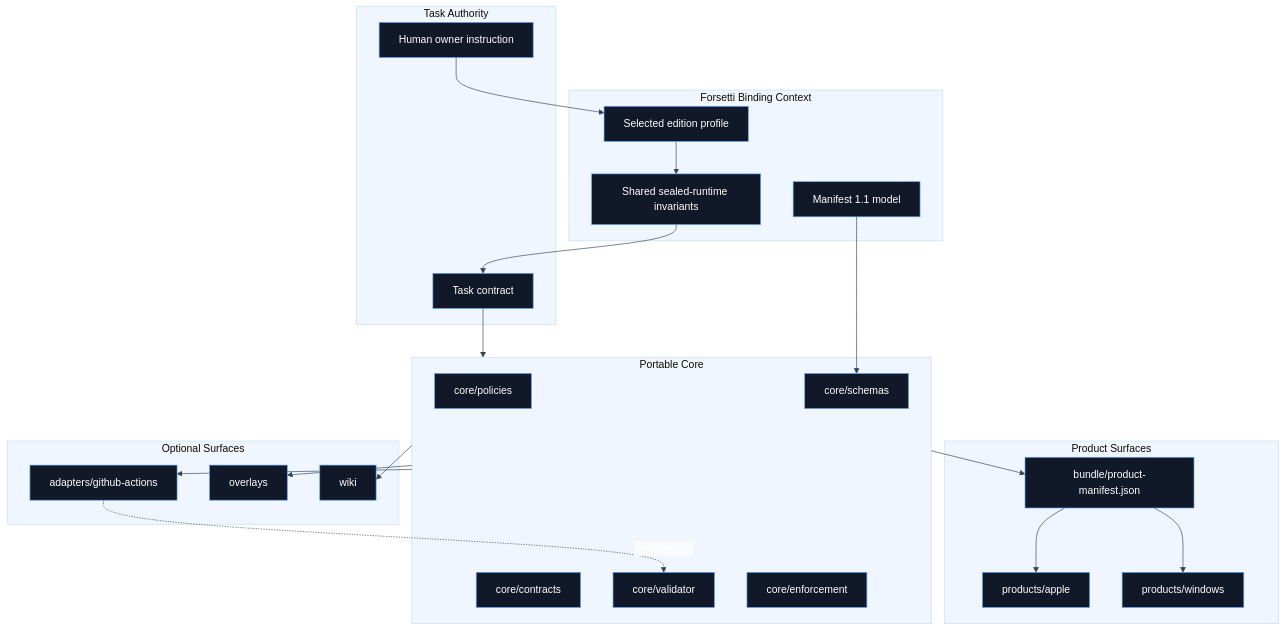
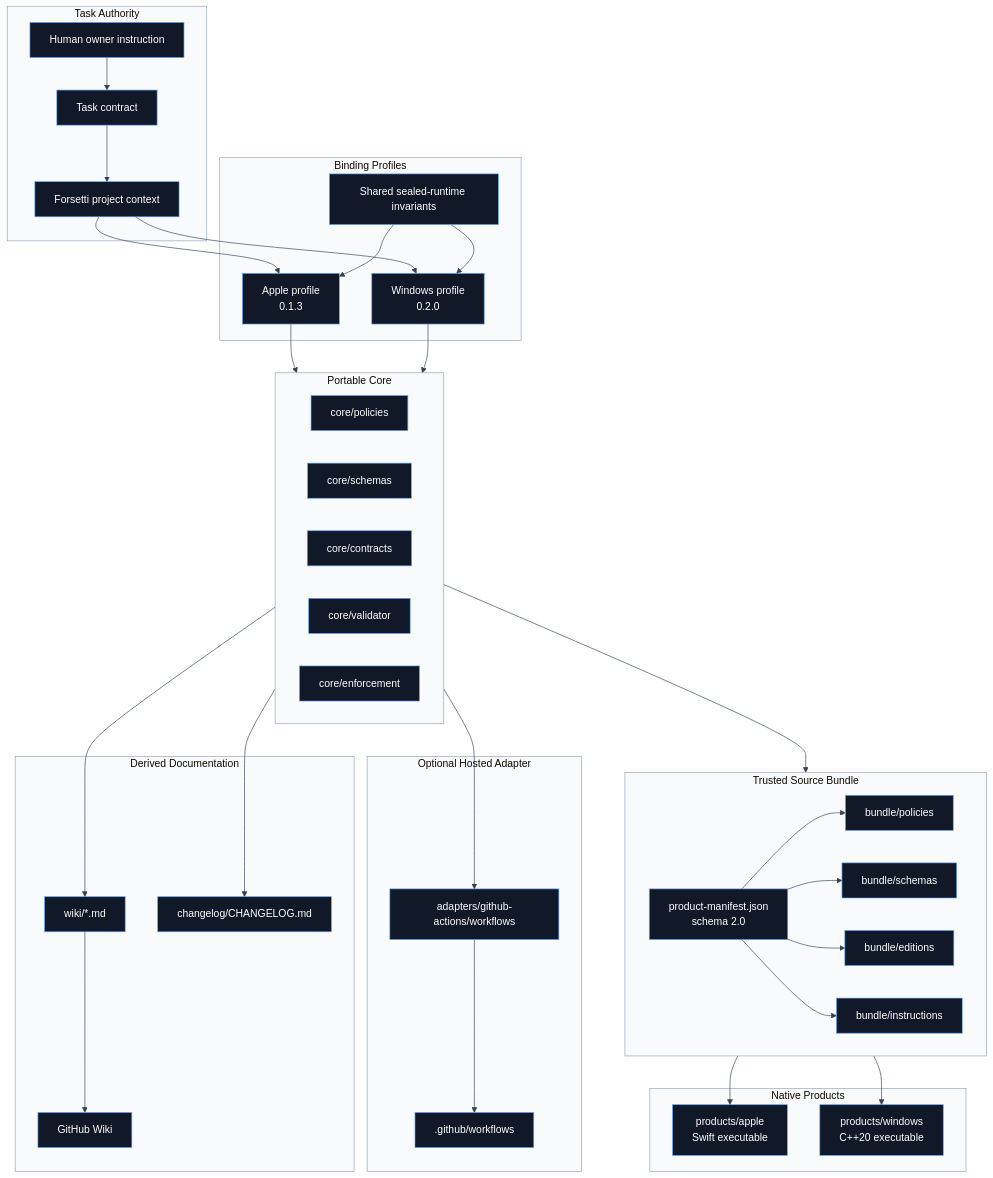
Before and after one commit to flynn33/forsetti-agentic-edition: the first of 2 diagrams in wiki/Overview.md, drawn with Mermaid. The commit also changed other lines of this file and 11 other files, not shown here.

Commit message:
Align wiki with product state

````diff
--- a/wiki/Overview.md
+++ b/wiki/Overview.md
@@ -12,44 +14,65 @@
 ```mermaid
-%%{init: {"theme":"base","themeVariables":{"primaryColor":"#111827","primaryTextColor":"#ffffff","primaryBorderColor":"#60a5fa","lineColor":"#334155","secondaryColor":"#f8fafc","tertiaryColor":"#eff6ff"}}}%%
+%%{init: {"theme":"base","themeVariables":{"primaryColor":"#111827","primaryTextColor":"#ffffff","primaryBorderColor":"#60a5fa","lineColor":"#334155","secondaryColor":"#f8fafc","tertiaryColor":"#eff6ff","clusterBkg":"#f8fafc","clusterBorder":"#94a3b8"}}}%%
 flowchart TB
-    subgraph Owner["Task Authority"]
-        H["Human owner instruction"]
-        T["Task contract"]
+    subgraph Authority["Task Authority"]
+        Owner["Human owner instruction"]
+        Task["Task contract"]
+        Context["Forsetti project context"]
     end
 
-    subgraph Profiles["Forsetti Binding Context"]
-        P["Selected edition profile"]
-        S["Shared sealed-runtime invariants"]
-        M["Manifest 1.1 model"]
+    subgraph Profiles["Binding Profiles"]
+        Shared["Shared sealed-runtime invariants"]
+        AppleProfile["Apple profile<br/>0.1.3"]
+        WindowsProfile["Windows profile<br/>0.2.0"]
     end
 
     subgraph Core["Portable Core"]
-        C1["core/policies"]
-        C2["core/schemas"]
-        C3["core/contracts"]
-        C4["core/validator"]
-        C5["core/enforcement"]
+        CorePolicies["core/policies"]
+        CoreSchemas["core/schemas"]
+        CoreContracts["core/contracts"]
+        CoreValidator["core/validator"]
+        CoreAuthority["core/enforcement"]
     end
 
-    subgraph Optional["Optional Surfaces"]
-        A["adapters/github-actions"]
-        O["overlays"]
-        W["wiki"]
+    subgraph Bundle["Trusted Source Bundle"]
+        ProductManifest["product-manifest.json<br/>schema 2.0"]
+        BundledPolicies["bundle/policies"]
+        BundledSchemas["bundle/schemas"]
+        BundledProfiles["bundle/editions"]
+        BundledInstructions["bundle/instructions"]
     end
 
-    subgraph Product["Product Surfaces"]
-        B["bundle/product-manifest.json"]
-        PA["products/apple"]
-        PW["products/windows"]
+    subgraph Native["Native Products"]
+        AppleCLI["products/apple<br/>Swift executable"]
+        WindowsCLI["products/windows<br/>C++20 executable"]
     end
 
-    H --> P --> S --> T --> Core
-    M --> C2
-    Core --> A
-    Core --> O
-    Core --> W
-    Core --> B
-    B --> PA
-    B --> PW
-    A -. wrapper only .-> C4
+    subgraph Hosted["Optional Hosted Adapter"]
+        Workflows[".github/workflows"]
+        AdapterScripts["adapters/github-actions/workflows"]
+    end
+
+    subgraph Docs["Derived Documentation"]
+        RepoWiki["wiki/*.md"]
+        LiveWiki["GitHub Wiki"]
+        Changelog["changelog/CHANGELOG.md"]
+    end
+
+    Owner --> Task --> Context
+    Context --> AppleProfile
+    Context --> WindowsProfile
+    Shared --> AppleProfile
+    Shared --> WindowsProfile
+    AppleProfile --> Core
+    WindowsProfile --> Core
+    Core --> Bundle
+    ProductManifest --> BundledPolicies
+    ProductManifest --> BundledSchemas
+    ProductManifest --> BundledProfiles
+    ProductManifest --> BundledInstructions
+    Bundle --> AppleCLI
+    Bundle --> WindowsCLI
+    Core --> AdapterScripts --> Workflows
+    Core --> RepoWiki --> LiveWiki
+    Core --> Changelog
 ```
````
